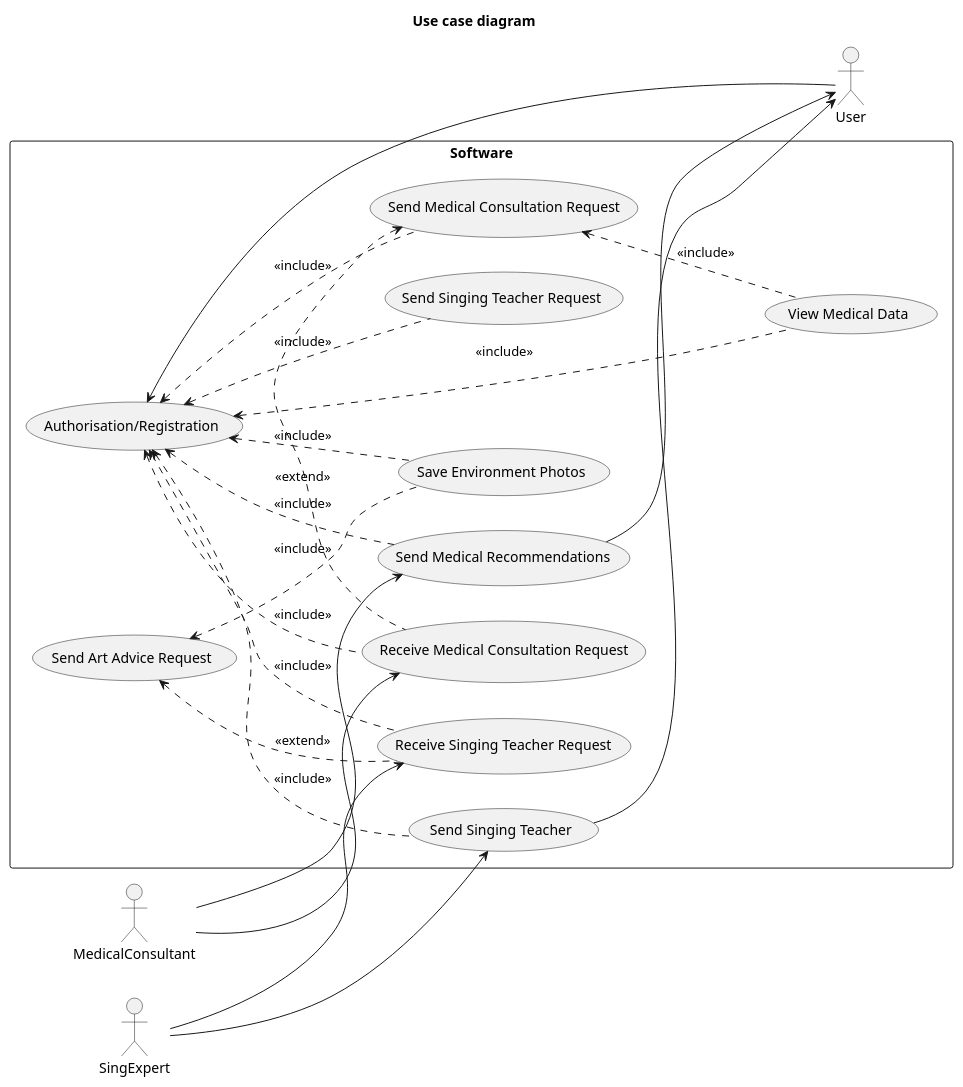
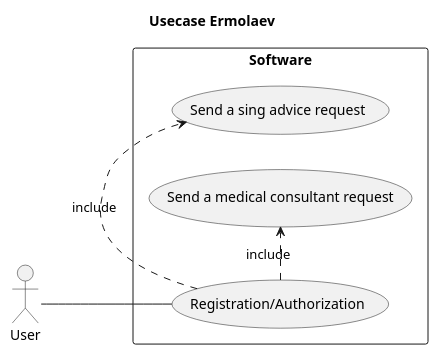
The diagram in 2-SoftwareDesign/2.7-PlantUML/UML- UseCase.puml (oleksandrblazhko/ai-214-ermolaev), drawn with PlantUML before and after one commit.

Commit message:
Update UML- UseCase.puml

```diff
--- a/2-SoftwareDesign/2.7-PlantUML/UML- UseCase.puml
+++ b/2-SoftwareDesign/2.7-PlantUML/UML- UseCase.puml
@@ -1,30 +1,18 @@
 @startuml
-title Use case diagram
+
+title Usecase Ermolaev
 left to right direction
-skinparam packageStyle rect
-actor User
-actor MedicalConsultant
-actor SingExpert
+actor :User:
+
 rectangle Software {
-  User --> (Authorisation/Registration)
-  MedicalConsultant --> (Send Medical Recommendations)
-  (Send Medical Recommendations) --> User
-  SingExpert --> (Send Singing Teacher)
-  (Send Singing Teacher) --> User
-  MedicalConsultant --> (Receive Medical Consultation Request)
-  SingExpert --> (Receive Singing Teacher Request)
 
-  (Authorisation/Registration) <.. (Send Medical Recommendations) : <<include>>
-  (Authorisation/Registration) <.. (Send Medical Consultation Request) : <<include>>
-  (Authorisation/Registration) <.. (Receive Medical Consultation Request) : <<include>>
-  (Authorisation/Registration) <.. (View Medical Data) : <<include>>
-  (Authorisation/Registration) <.. (Send Singing Teacher Request) : <<include>>
-  (Authorisation/Registration) <.. (Send Singing Teacher) : <<include>>
-  (Authorisation/Registration) <.. (Save Environment Photos) : <<include>>
-  (Authorisation/Registration) <.. (Receive Singing Teacher Request) : <<include>>
-  (Send Art Advice Request) <. (Receive Singing Teacher Request) : <<extend>>
-  (Send Medical Consultation Request) <.. (View Medical Data) : <<include>>
-  (Send Art Advice Request) <.. (Save Environment Photos) : <<include>>
-  (Send Medical Consultation Request) <. (Receive Medical Consultation Request) : <<extend>>
+    usecase (Registration/Authorization)
+    usecase (Send a sing advice request)
+    usecase (Registration/Authorization)
+    usecase (Send a medical consultant request)
+   :User: -- (Registration/Authorization)
+   (Registration/Authorization) .> (Send a sing advice request) : include
+   (Registration/Authorization) .> (Send a medical consultant request) : include
 }
+
 @enduml
```
